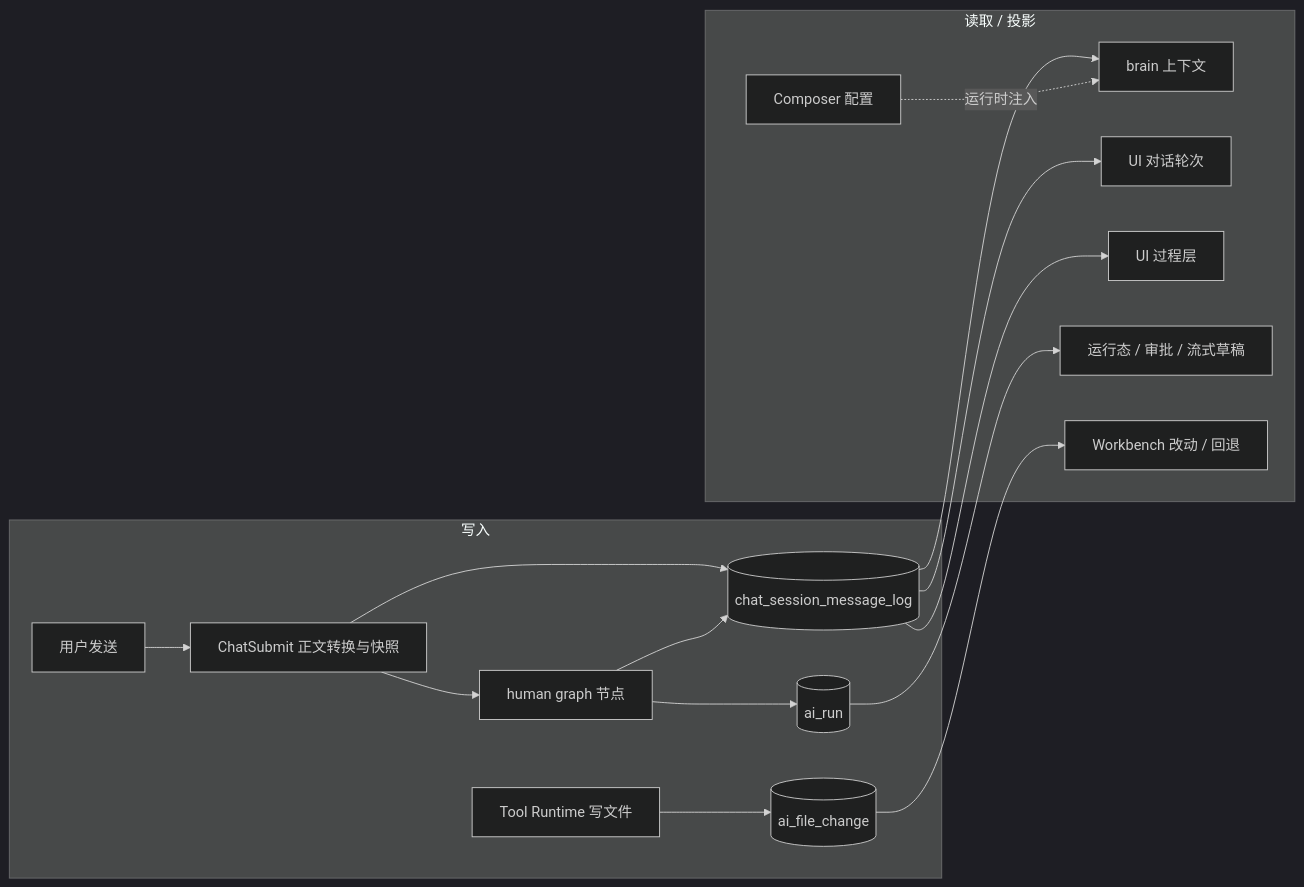
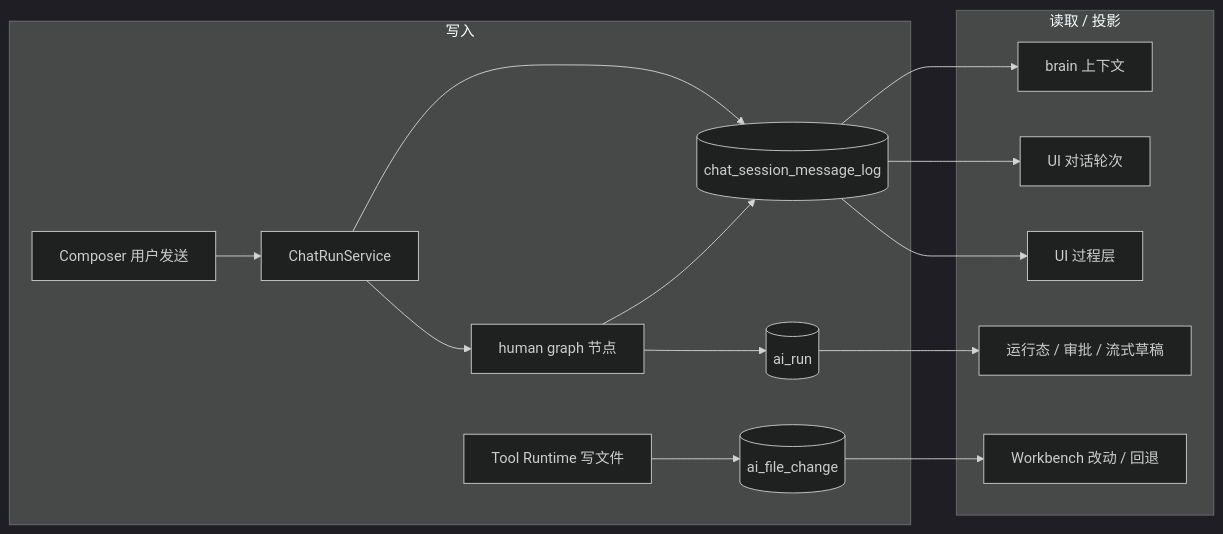
One commit to Yoan98/Ncurator changed the second of 2 diagrams in doc/architecture.md. Above: the diagram before and after it, drawn with Mermaid (dark theme). The commit also changed other lines of this file and 5 other files, not shown here.

````diff
--- a/doc/architecture.md
+++ b/doc/architecture.md
@@ -108,20 +108,19 @@
 ```mermaid
 flowchart LR
   subgraph write [写入]
-    User[用户发送] --> Submit[ChatSubmit 正文转换与快照]
+    User[Composer 用户发送] --> Submit[ChatRunService]
     Submit --> Log[(chat_session_message_log)]
     Submit --> Graph[human graph 节点]
     Graph --> Log
     Tools[Tool Runtime 写文件] --> FC[(ai_file_change)]
     Graph --> Run[(ai_run)]
   end
 
   subgraph read [读取 / 投影]
     Log --> Brain[brain 上下文]
     Log --> Conv[UI 对话轮次]
     Log --> Proc[UI 过程层]
     Run --> RunUI[运行态 / 审批 / 流式草稿]
     FC --> WB[Workbench 改动 / 回退]
-    Composer[Composer 配置] -.运行时注入.-> Brain
   end
 ```
````
